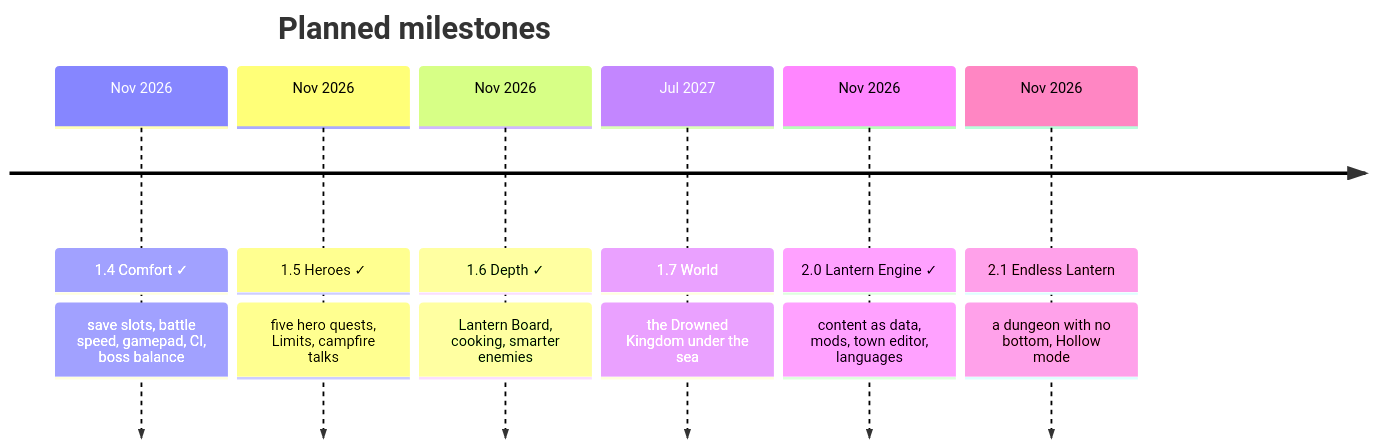
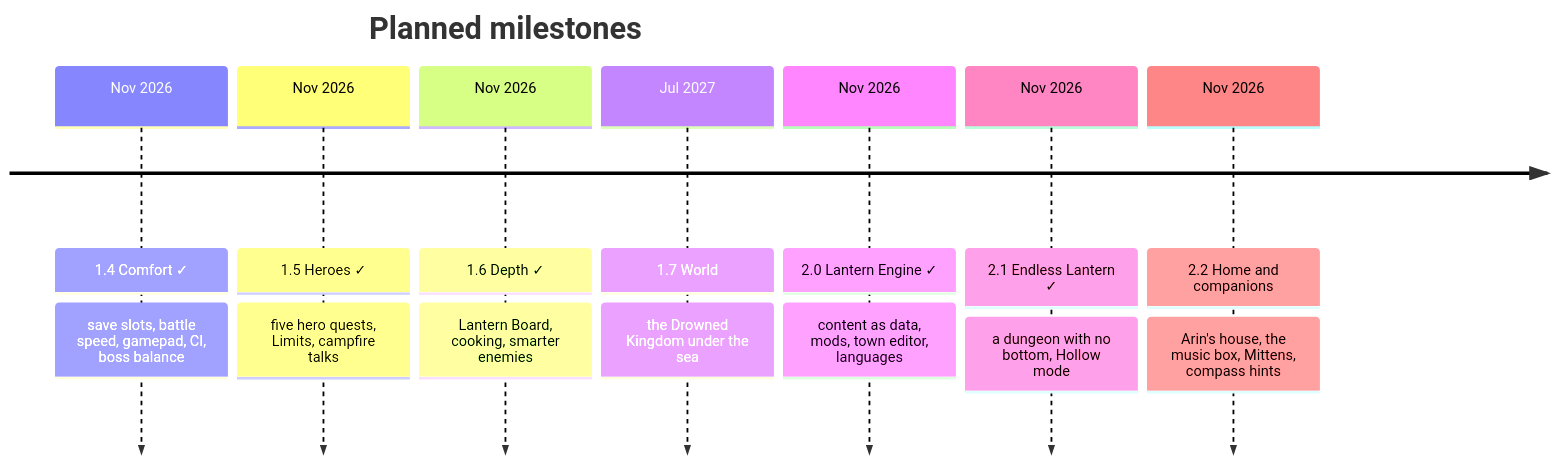
The fifth of 5 diagrams in README.md (CptNope/Laternfall), drawn with Mermaid before and after one commit. The commit also changed other lines of this file and 21 other files, not shown here.

First line of the commit message:
2.2: Arin's house, the music box, Mittens and compass hints

````diff
--- a/README.md
+++ b/README.md
@@ -405,10 +408,11 @@
 ```mermaid
 timeline
     title Planned milestones
     Nov 2026 : 1.4 Comfort ✓ : save slots, battle speed, gamepad, CI, boss balance
     Nov 2026 : 1.5 Heroes ✓ : five hero quests, Limits, campfire talks
     Nov 2026 : 1.6 Depth ✓ : Lantern Board, cooking, smarter enemies
     Jul 2027 : 1.7 World : the Drowned Kingdom under the sea
     Nov 2026 : 2.0 Lantern Engine ✓ : content as data, mods, town editor, languages
-    Nov 2026 : 2.1 Endless Lantern : a dungeon with no bottom, Hollow mode
+    Nov 2026 : 2.1 Endless Lantern ✓ : a dungeon with no bottom, Hollow mode
+    Nov 2026 : 2.2 Home and companions : Arin's house, the music box, Mittens, compass hints
 ```
````
